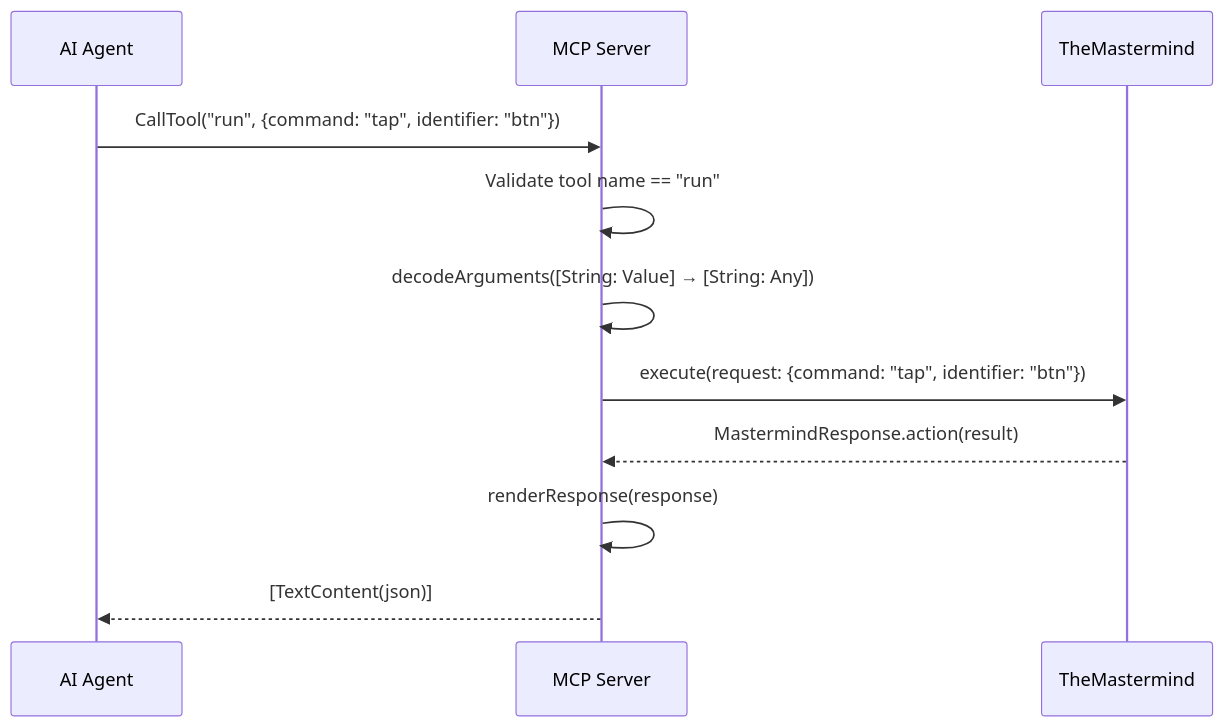
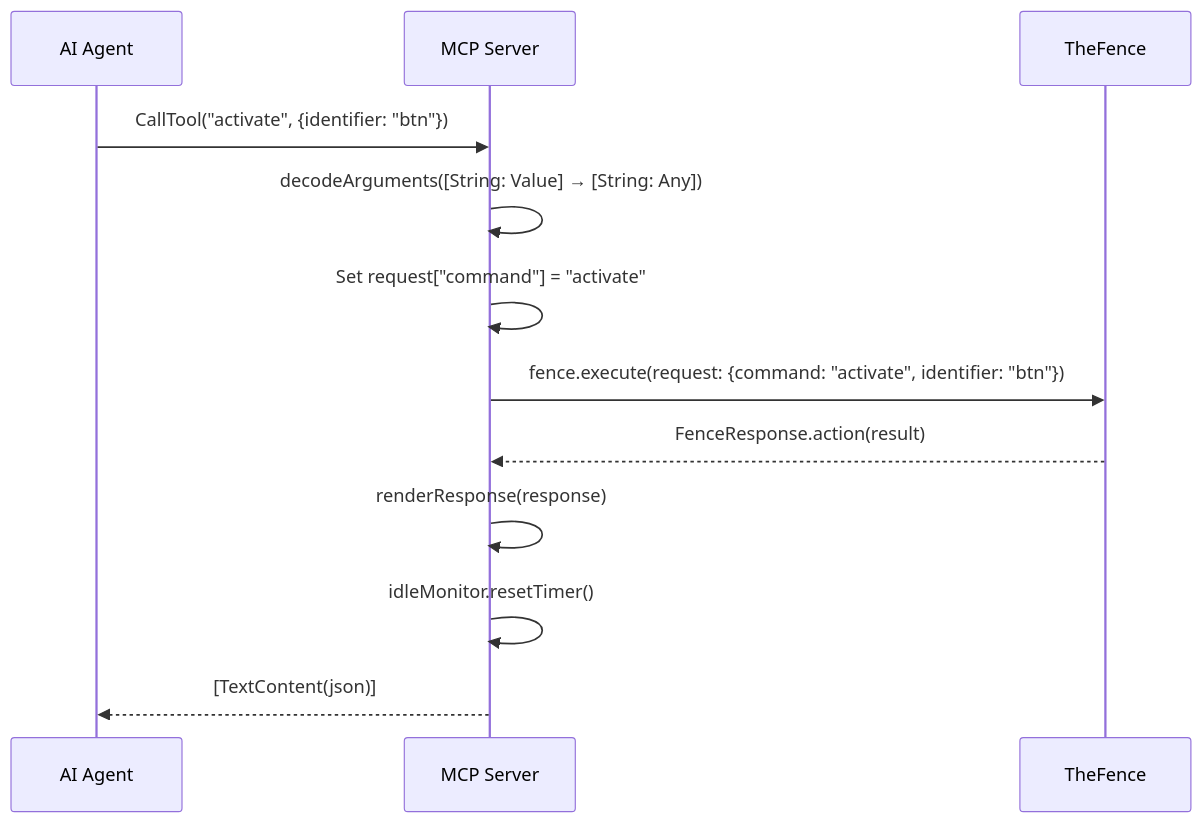
Before and after one commit to RoyalPineapple/TheButtonHeist: the second of 3 diagrams in docs/dossiers/12-MCP.md, drawn with Mermaid. The commit also changed other lines of this file and 15 other files, not shown here.

````diff
--- a/docs/dossiers/12-MCP.md
+++ b/docs/dossiers/12-MCP.md
@@ -55,14 +91,15 @@
 ```mermaid
 sequenceDiagram
     participant AI as AI Agent
     participant MCP as MCP Server
-    participant TM as TheMastermind
+    participant TF as TheFence
 
-    AI->>MCP: CallTool("run", {command: "tap", identifier: "btn"})
-    MCP->>MCP: Validate tool name == "run"
+    AI->>MCP: CallTool("activate", {identifier: "btn"})
     MCP->>MCP: decodeArguments([String: Value] → [String: Any])
-    MCP->>TM: execute(request: {command: "tap", identifier: "btn"})
-    TM-->>MCP: MastermindResponse.action(result)
+    MCP->>MCP: Set request["command"] = "activate"
+    MCP->>TF: fence.execute(request: {command: "activate", identifier: "btn"})
+    TF-->>MCP: FenceResponse.action(result)
     MCP->>MCP: renderResponse(response)
+    MCP->>MCP: idleMonitor.resetTimer()
     MCP-->>AI: [TextContent(json)]
 ```
````
